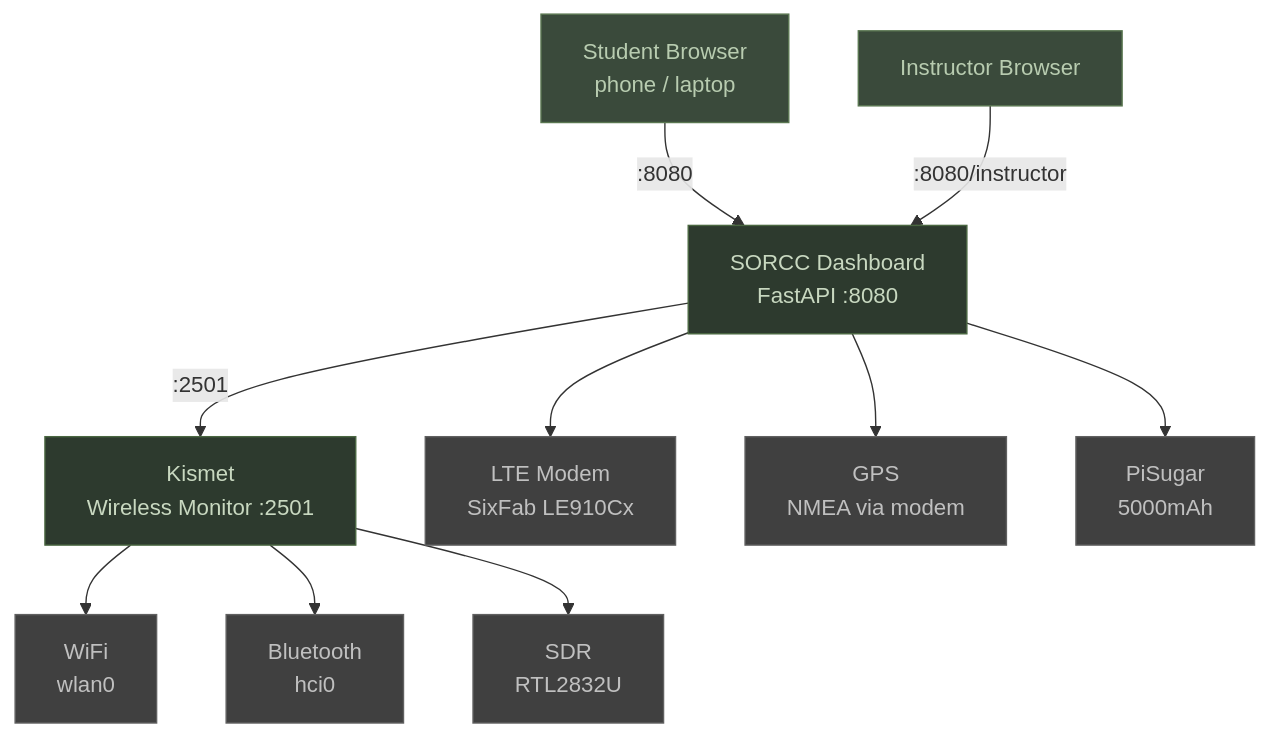
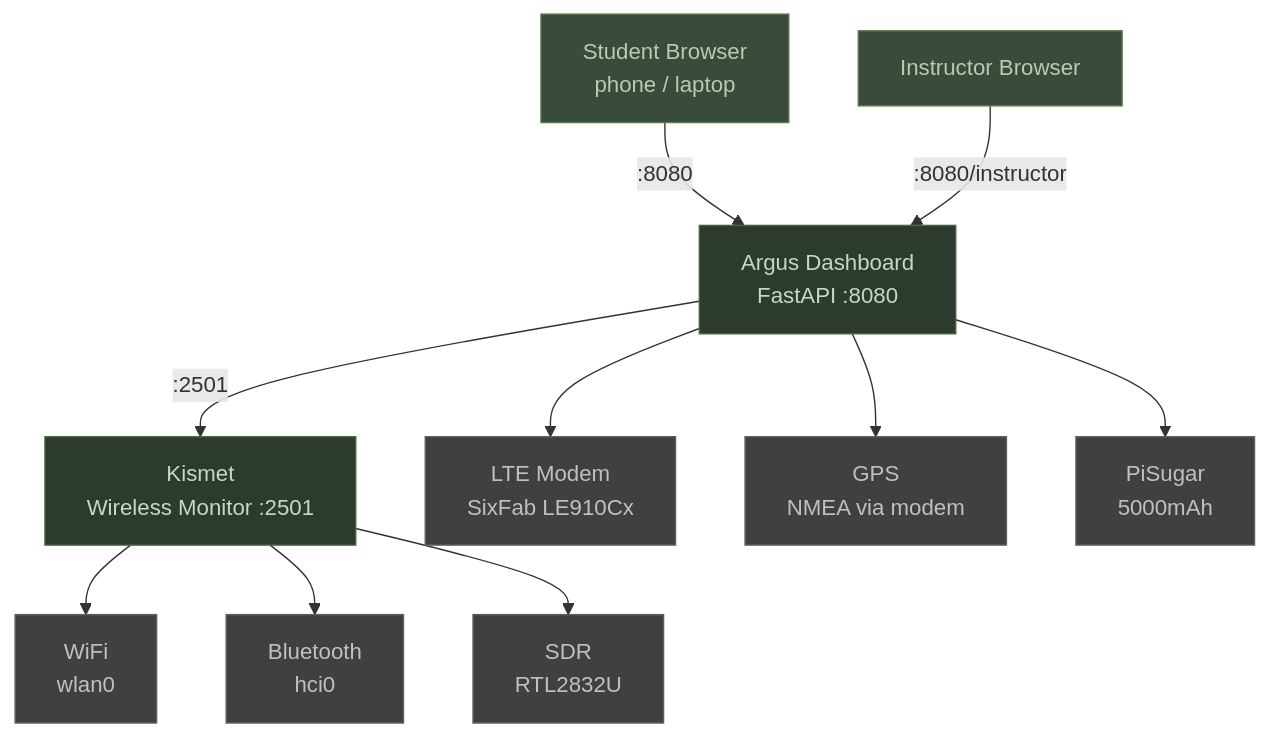
Before and after one commit to rmeadomavic/SORCC-PI: the first of 2 diagrams in README.md, drawn with Mermaid. The commit also changed other lines of this file and 87 other files, not shown here.

First line of the commit message:
Rename SORCC-PI to Argus

````diff
--- a/README.md
+++ b/README.md
@@ -14,34 +14,34 @@
 ```mermaid
 graph TD
     Browser["Student Browser<br/>phone / laptop"]
     Instructor["Instructor Browser"]
-    Dashboard["SORCC Dashboard<br/>FastAPI :8080"]
+    Dashboard["Argus Dashboard<br/>FastAPI :8080"]
     Kismet["Kismet<br/>Wireless Monitor :2501"]
     WiFi["WiFi<br/>wlan0"]
     BT["Bluetooth<br/>hci0"]
     SDR["SDR<br/>RTL2832U"]
     LTE["LTE Modem<br/>SixFab LE910Cx"]
     GPS["GPS<br/>NMEA via modem"]
     Battery["PiSugar<br/>5000mAh"]
 
     Browser -- ":8080" --> Dashboard
     Instructor -- ":8080/instructor" --> Dashboard
     Dashboard -- ":2501" --> Kismet
     Kismet --> WiFi
     Kismet --> BT
     Kismet --> SDR
     Dashboard --> LTE
     Dashboard --> GPS
     Dashboard --> Battery
 
     style Browser fill:#3a4a3b,color:#b8ccb0,stroke:#5a7751
     style Instructor fill:#3a4a3b,color:#b8ccb0,stroke:#5a7751
     style Dashboard fill:#2d3a2e,color:#c8d8c0,stroke:#4a6741
     style Kismet fill:#2d3a2e,color:#c8d8c0,stroke:#4a6741
     style WiFi fill:#404040,color:#c0c0c0,stroke:#606060
     style BT fill:#404040,color:#c0c0c0,stroke:#606060
     style SDR fill:#404040,color:#c0c0c0,stroke:#606060
     style LTE fill:#404040,color:#c0c0c0,stroke:#606060
     style GPS fill:#404040,color:#c0c0c0,stroke:#606060
     style Battery fill:#404040,color:#c0c0c0,stroke:#606060
 ```
````
